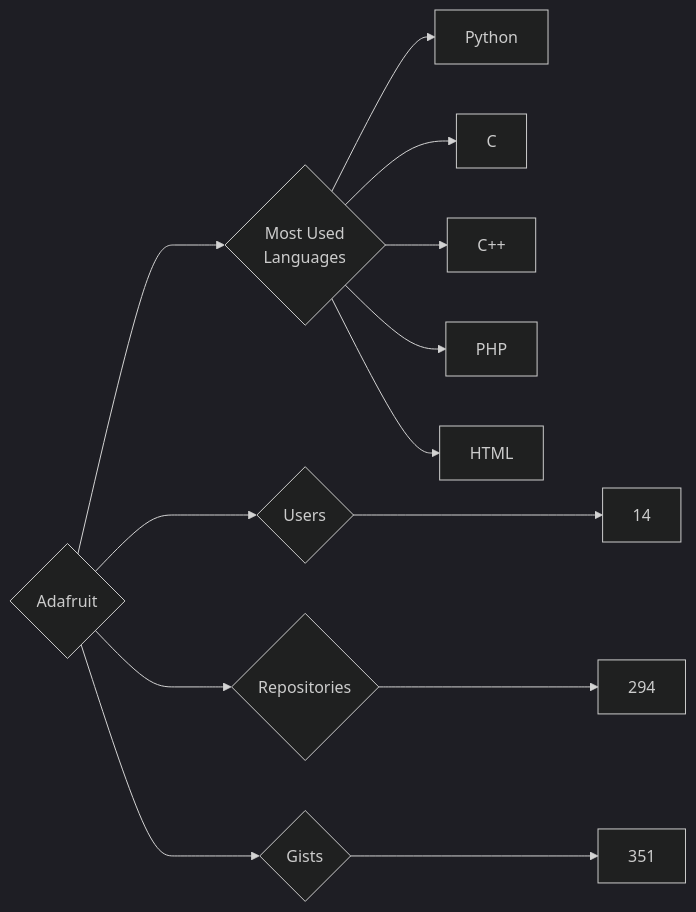
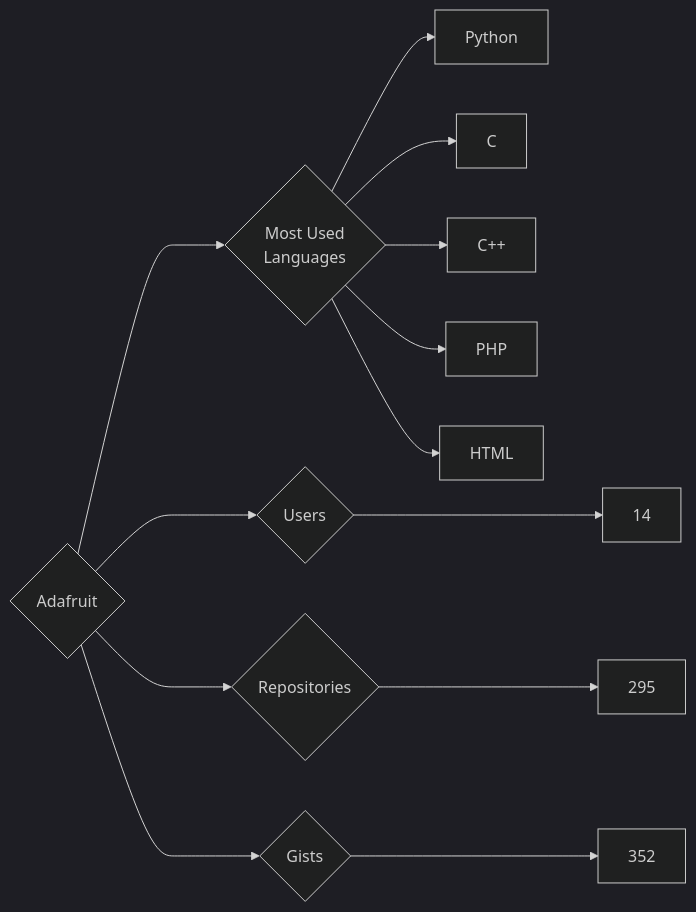
Before and after one commit to trickest/insiders: the diagram in targets/Adafruit/README.md, drawn with Mermaid (dark theme). The commit also changed 786 other files, not shown here.

````diff
--- a/targets/Adafruit/README.md
+++ b/targets/Adafruit/README.md
@@ -3,13 +3,13 @@
 ```mermaid
 graph LR
 COMPANY_NAME{Adafruit}
 COMPANY_NAME ---> U{Users} ---> UN[14]
-COMPANY_NAME ---> R{Repositories} ---> RN[294]
-COMPANY_NAME ---> G{Gists} ---> GN[351]
+COMPANY_NAME ---> R{Repositories} ---> RN[295]
+COMPANY_NAME ---> G{Gists} ---> GN[352]
 COMPANY_NAME ---> ML{Most Used<br>Languages}
 ML --> Python[Python]
 ML --> C[C]
 ML --> C++[C++]
 ML --> PHP[PHP]
 ML --> HTML[HTML]
 ```
````
